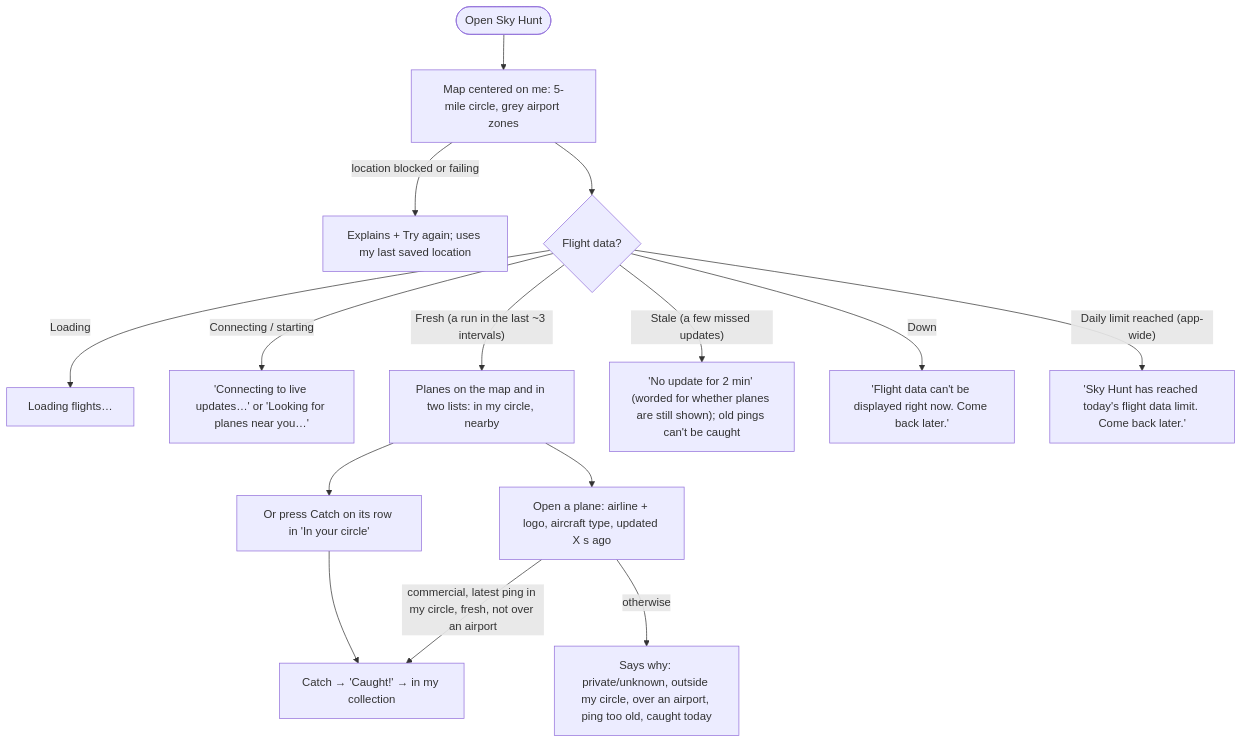
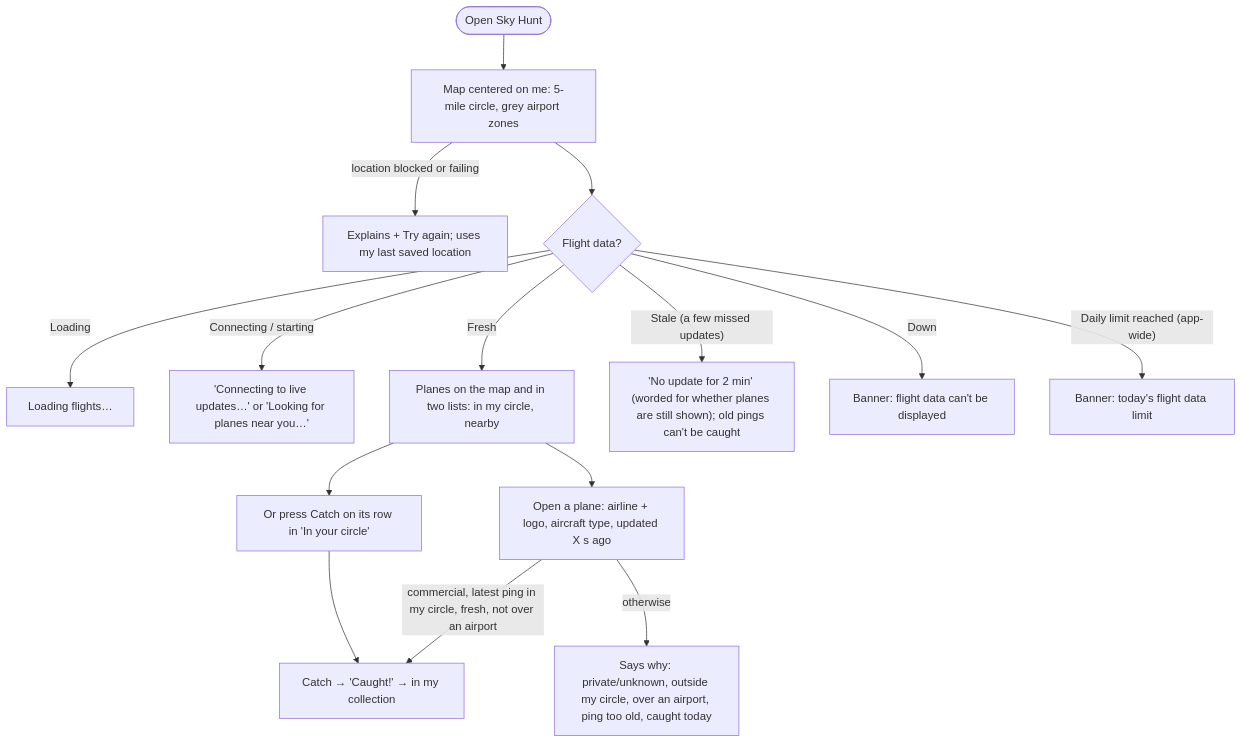
Before and after one commit to neilpandya01/hw5-dbs: the second of 2 diagrams in flows.md, drawn with Mermaid. The commit also changed other lines of this file and 4 other files, not shown here.

````diff
--- a/flows.md
+++ b/flows.md
@@ -39,17 +39,17 @@
 ```mermaid
 flowchart TD
   A([Open Sky Hunt]) --> R["Map centered on me: 5-mile circle, grey airport zones"]
   R -->|location blocked or failing| P["Explains + Try again; uses my last saved location"]
   R --> F{Flight data?}
   F -- "Loading" --> L["Loading flights…"]
   F -- "Connecting / starting" --> K["'Connecting to live updates…' or 'Looking for planes near you…'"]
-  F -- "Fresh (a run in the last ~3 intervals)" --> M["Planes on the map and in two lists: in my circle, nearby"]
+  F -- "Fresh" --> M["Planes on the map and in two lists: in my circle, nearby"]
   F -- "Stale (a few missed updates)" --> S["'No update for 2 min' (worded for whether planes are still shown); old pings can't be caught"]
-  F -- "Down" --> D["'Flight data can't be displayed right now. Come back later.'"]
-  F -- "Daily limit reached (app-wide)" --> X["'Sky Hunt has reached today's flight data limit. Come back later.'"]
+  F -- "Down" --> D["Banner: flight data can't be displayed"]
+  F -- "Daily limit reached (app-wide)" --> X["Banner: today's flight data limit"]
   M --> O["Open a plane: airline + logo, aircraft type, updated X s ago"]
   M --> Q["Or press Catch on its row in 'In your circle'"]
   Q --> C
   O -->|commercial, latest ping in my circle, fresh, not over an airport| C["Catch → 'Caught!' → in my collection"]
   O -->|otherwise| W["Says why: private/unknown, outside my circle, over an airport, ping too old, caught today"]
 ```
````
